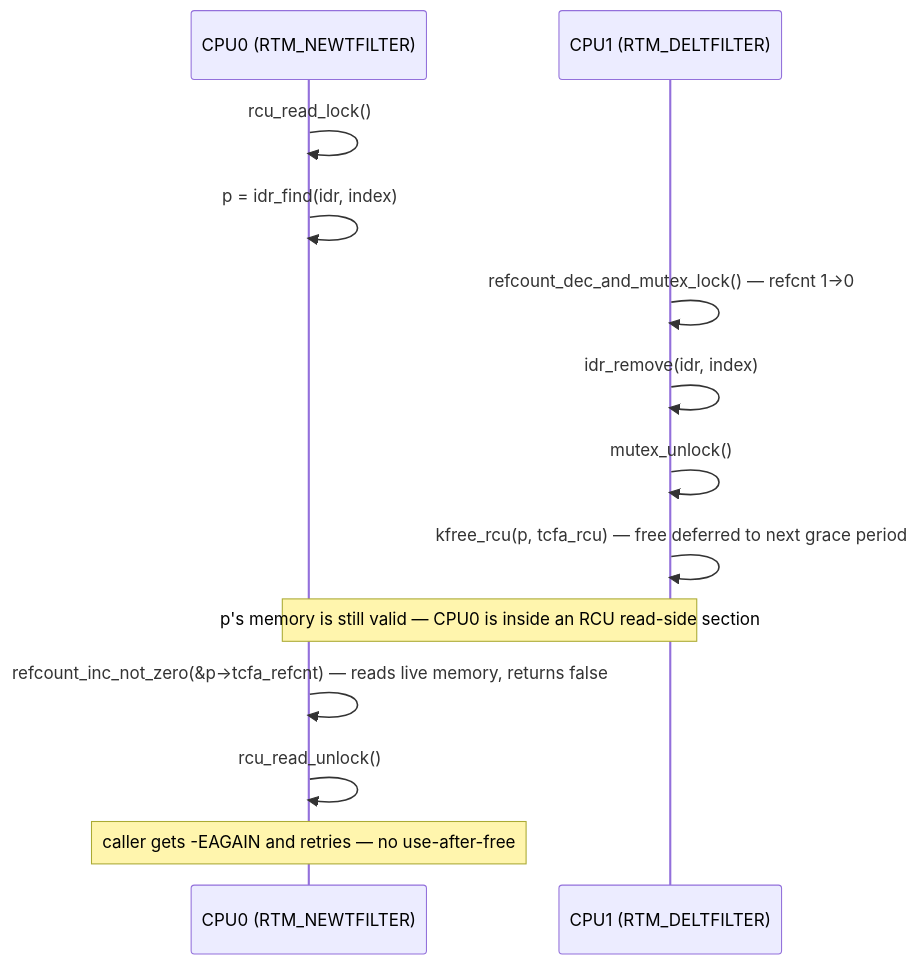
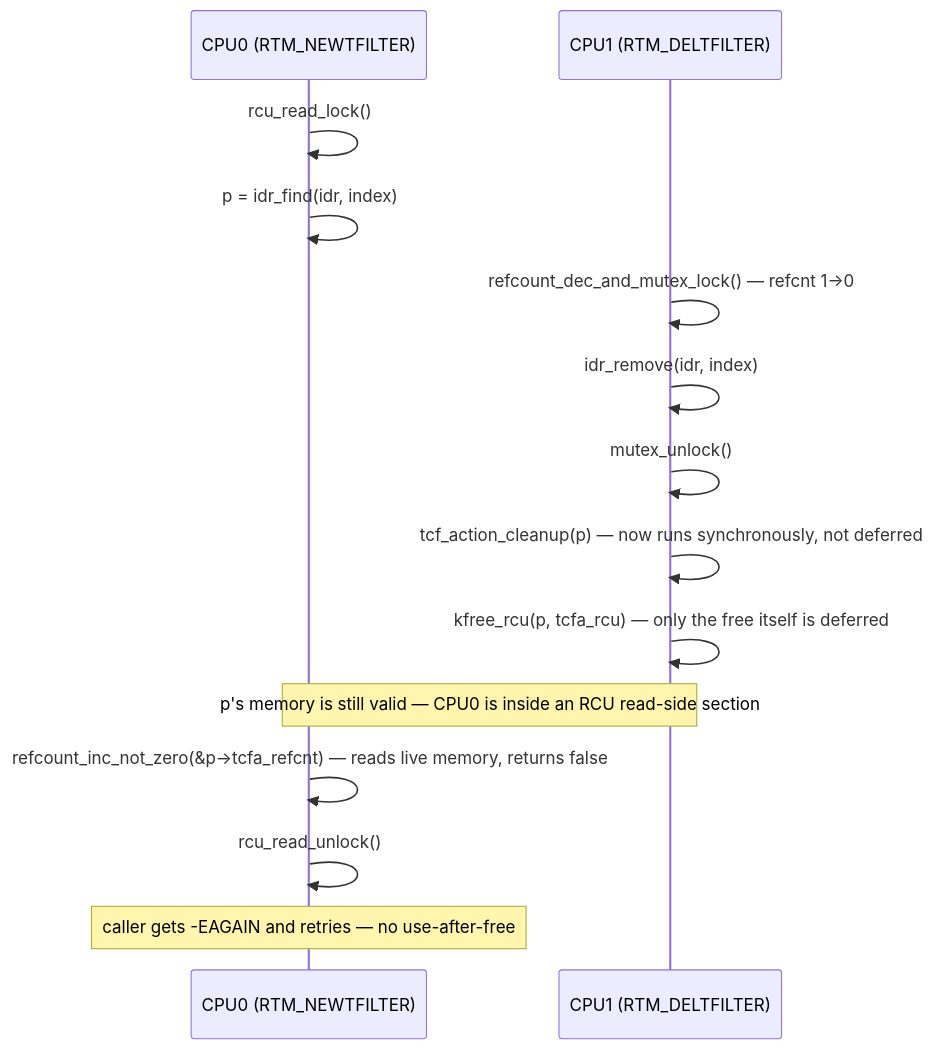
The third of 3 diagrams in docs/net/war-stories/act-api-uaf.md (laveeshb/linux-kernel-internals), drawn with Mermaid before and after one commit. The commit also changed other lines of this file and 1 other file, not shown here.

````diff
--- a/docs/net/war-stories/act-api-uaf.md
+++ b/docs/net/war-stories/act-api-uaf.md
@@ -161,15 +168,16 @@
 ```mermaid
 sequenceDiagram
     participant C0 as CPU0 (RTM_NEWTFILTER)
     participant C1 as CPU1 (RTM_DELTFILTER)
     C0->>C0: rcu_read_lock()
     C0->>C0: p = idr_find(idr, index)
     C1->>C1: refcount_dec_and_mutex_lock() — refcnt 1→0
     C1->>C1: idr_remove(idr, index)
     C1->>C1: mutex_unlock()
-    C1->>C1: kfree_rcu(p, tcfa_rcu) — free deferred to next grace period
+    C1->>C1: tcf_action_cleanup(p) — now runs synchronously, not deferred
+    C1->>C1: kfree_rcu(p, tcfa_rcu) — only the free itself is deferred
     Note over C0,C1: p's memory is still valid — CPU0 is inside an RCU read-side section
     C0->>C0: refcount_inc_not_zero(&p->tcfa_refcnt) — reads live memory, returns false
     C0->>C0: rcu_read_unlock()
     Note over C0: caller gets -EAGAIN and retries — no use-after-free
 ```
````
